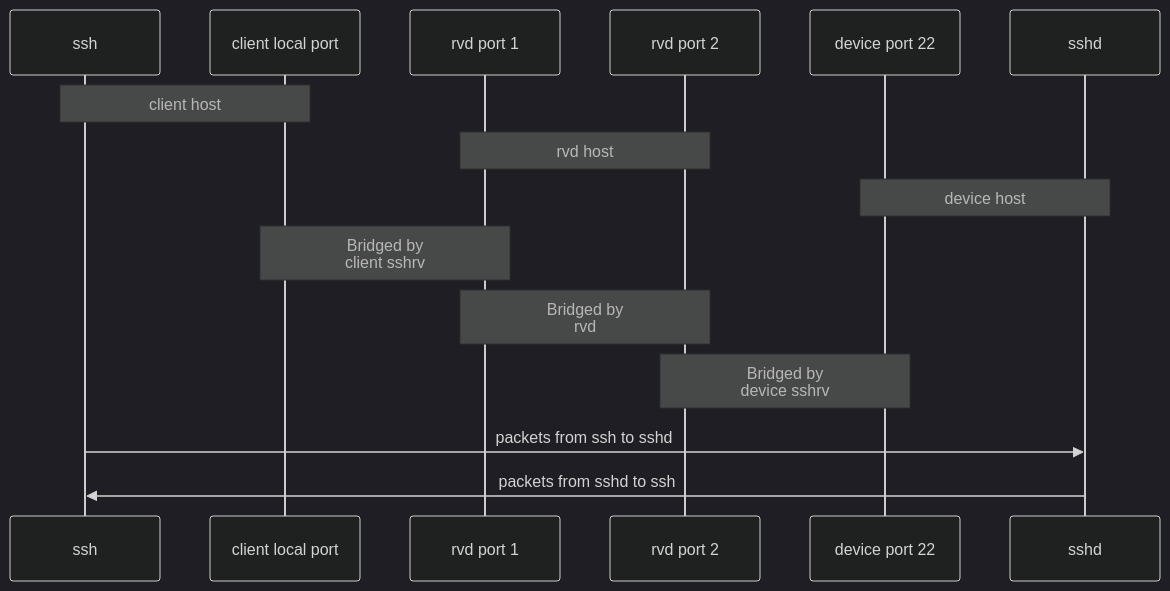
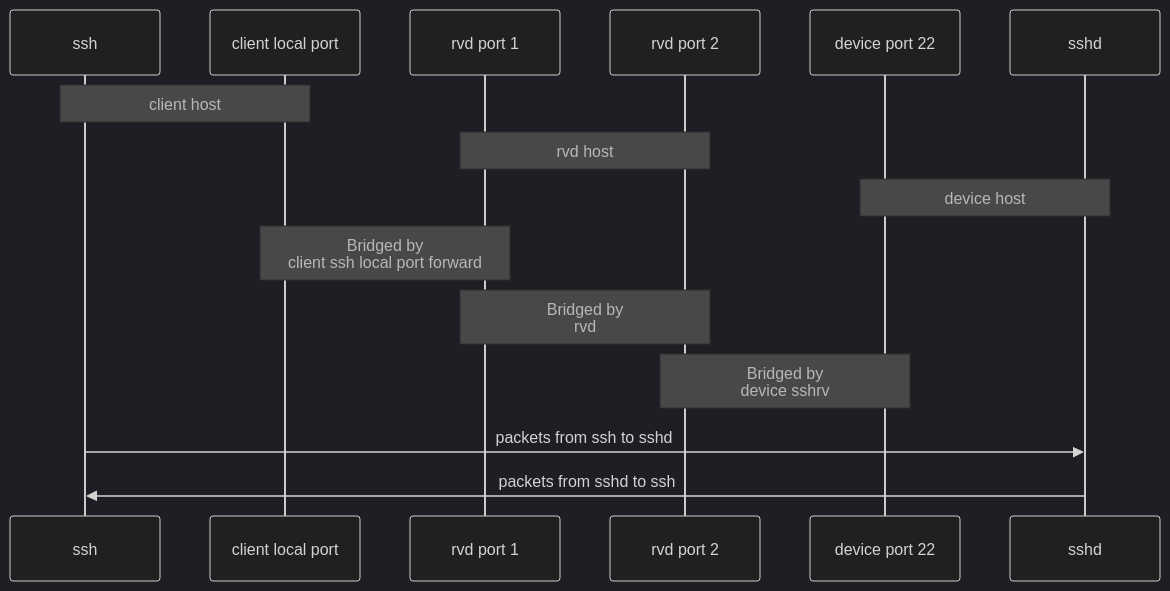
The second of 2 diagrams in packages/sshnoports/UnderTheHood.md (atsign-foundation/noports), drawn with Mermaid (dark theme) before and after one commit. The commit also changed other lines of this file, not shown here.

````diff
--- a/packages/sshnoports/UnderTheHood.md
+++ b/packages/sshnoports/UnderTheHood.md
@@ -136,20 +135,20 @@
 ```mermaid
 sequenceDiagram
     participant ssh
     participant clp as client local port
     participant rvp1 as rvd port 1
     participant rvp2 as rvd port 2
     participant dp22 as device port 22
     participant sshd
     
     note over ssh,clp: client host
     note over rvp1, rvp2: rvd host
     note over dp22, sshd: device host
     
-    note over clp, rvp1: Bridged by <br> client sshrv
+    note over clp, rvp1: Bridged by <br> client ssh local port forward
     note over rvp1, rvp2: Bridged by <br> rvd
     note over rvp2, dp22: Bridged by <br> device sshrv
     
     ssh ->> sshd: packets from ssh to sshd
     sshd ->> ssh: packets from sshd to ssh
 ```
````
